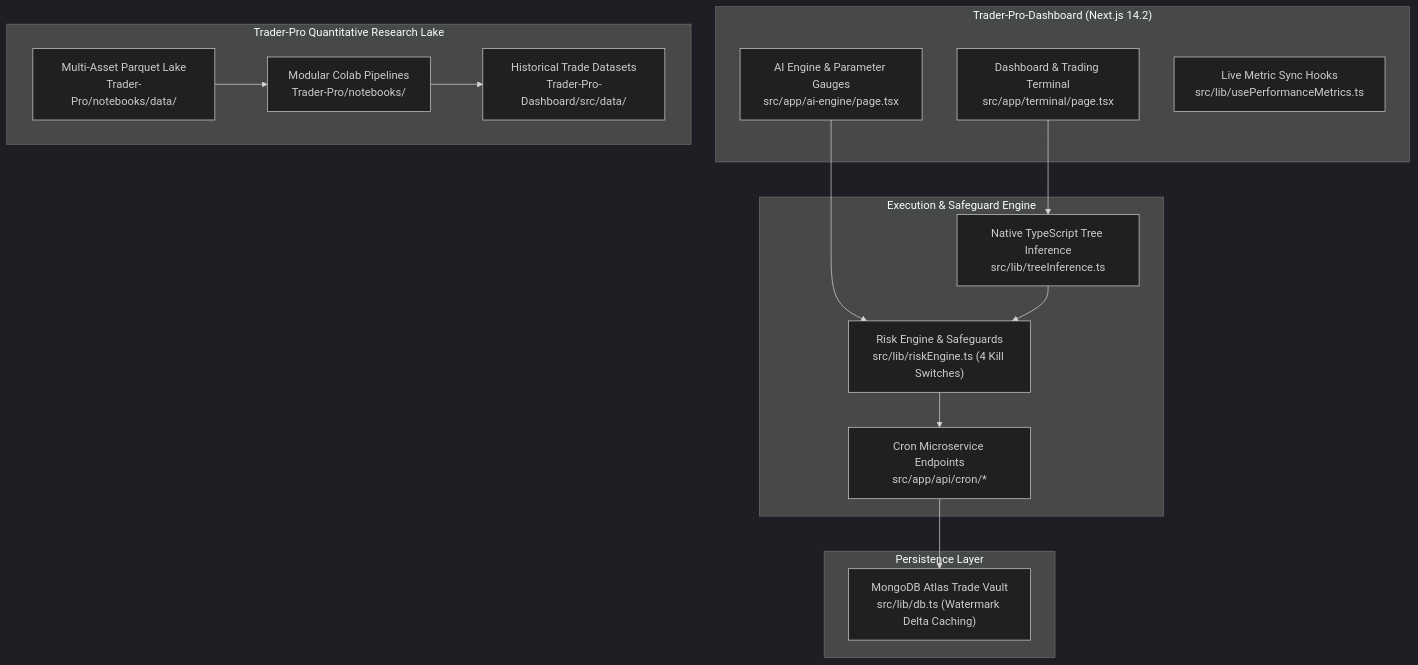
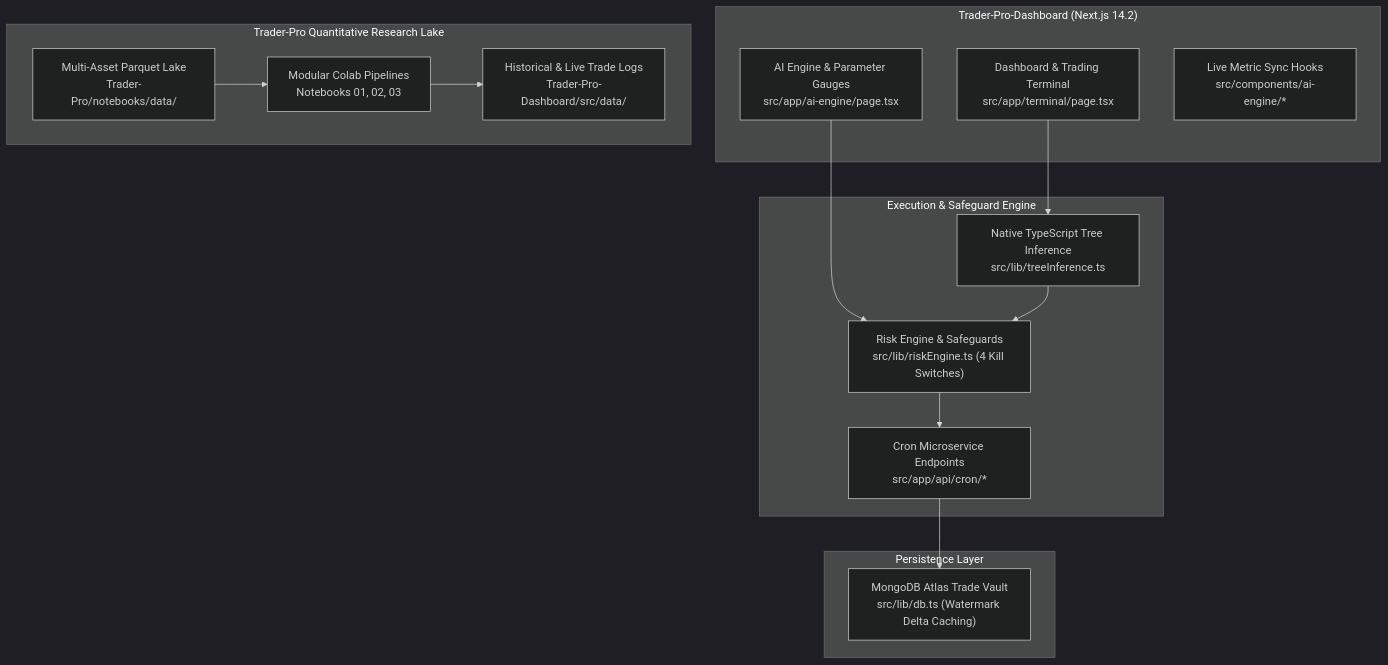
One commit to AnshulParate2004/Trader-Pro-Dashboard changed the third of 3 diagrams in docs/MASTER_SYSTEM_ARCHITECTURE_AND_RESEARCH_DOSSIER.md. Above: the diagram before and after it, drawn with Mermaid (dark theme). The commit also changed other lines of this file and 3 other files, not shown here.

Commit message:
docs: synchronize master architecture, scorecard, CME decommissioning, and deep learning benchmark findings

````diff
--- a/docs/MASTER_SYSTEM_ARCHITECTURE_AND_RESEARCH_DOSSIER.md
+++ b/docs/MASTER_SYSTEM_ARCHITECTURE_AND_RESEARCH_DOSSIER.md
@@ -118,32 +148,32 @@
 ```mermaid
 flowchart TD
     subgraph UI_Layer ["Trader-Pro-Dashboard (Next.js 14.2)"]
         A["Dashboard & Trading Terminal<br/>src/app/terminal/page.tsx"]
         B["AI Engine & Parameter Gauges<br/>src/app/ai-engine/page.tsx"]
-        C["Live Metric Sync Hooks<br/>src/lib/usePerformanceMetrics.ts"]
+        C["Live Metric Sync Hooks<br/>src/components/ai-engine/*"]
     end
 
     subgraph Execution_Core ["Execution & Safeguard Engine"]
         D["Native TypeScript Tree Inference<br/>src/lib/treeInference.ts"]
         E["Risk Engine & Safeguards<br/>src/lib/riskEngine.ts (4 Kill Switches)"]
         F["Cron Microservice Endpoints<br/>src/app/api/cron/*"]
     end
 
     subgraph Persistence ["Persistence Layer"]
         G["MongoDB Atlas Trade Vault<br/>src/lib/db.ts (Watermark Delta Caching)"]
     end
 
     subgraph Quant_Suite ["Trader-Pro Quantitative Research Lake"]
         H["Multi-Asset Parquet Lake<br/>Trader-Pro/notebooks/data/"]
-        I["Modular Colab Pipelines<br/>Trader-Pro/notebooks/"]
-        J["Historical Trade Datasets<br/>Trader-Pro-Dashboard/src/data/"]
+        I["Modular Colab Pipelines<br/>Notebooks 01, 02, 03"]
+        J["Historical & Live Trade Logs<br/>Trader-Pro-Dashboard/src/data/"]
     end
 
     A --> D
     B --> E
     D --> E
     E --> F
     F --> G
     H --> I
     I --> J
 ```
````
